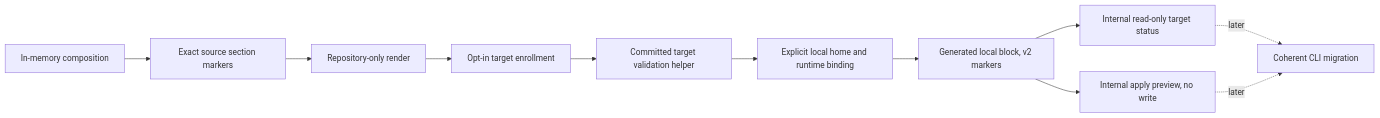
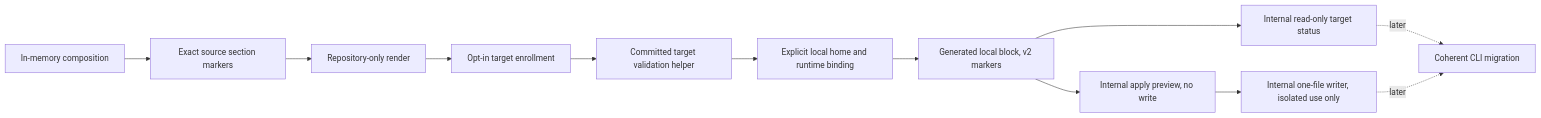
One commit to ferrywlto/ai-env-as-code changed the eighth of 8 diagrams in docs/shared-instructions-design.md. Above: the diagram before and after it, drawn with Mermaid. The commit also changed other lines of this file and 6 other files, not shown here.

````diff
--- a/docs/shared-instructions-design.md
+++ b/docs/shared-instructions-design.md
@@ -185,13 +241,14 @@
 ```mermaid
 flowchart LR
     Compose[In-memory composition] --> Sections[Exact source section markers]
     Sections --> Render[Repository-only render]
     Render --> Enrollment[Opt-in target enrollment]
     Enrollment --> Validation[Committed target validation helper]
     Validation --> Local[Explicit local home and runtime binding]
     Local --> Block[Generated local block, v2 markers]
     Block --> Inspect[Internal read-only target status]
     Block --> Preview[Internal apply preview, no write]
+    Preview --> Writer[Internal one-file writer, isolated use only]
     Inspect -.->|later| Directional[Coherent CLI migration]
-    Preview -.->|later| Directional
+    Writer -.->|later| Directional
 ```
````
